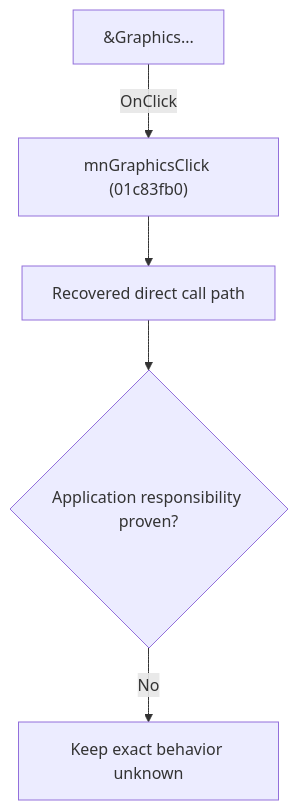
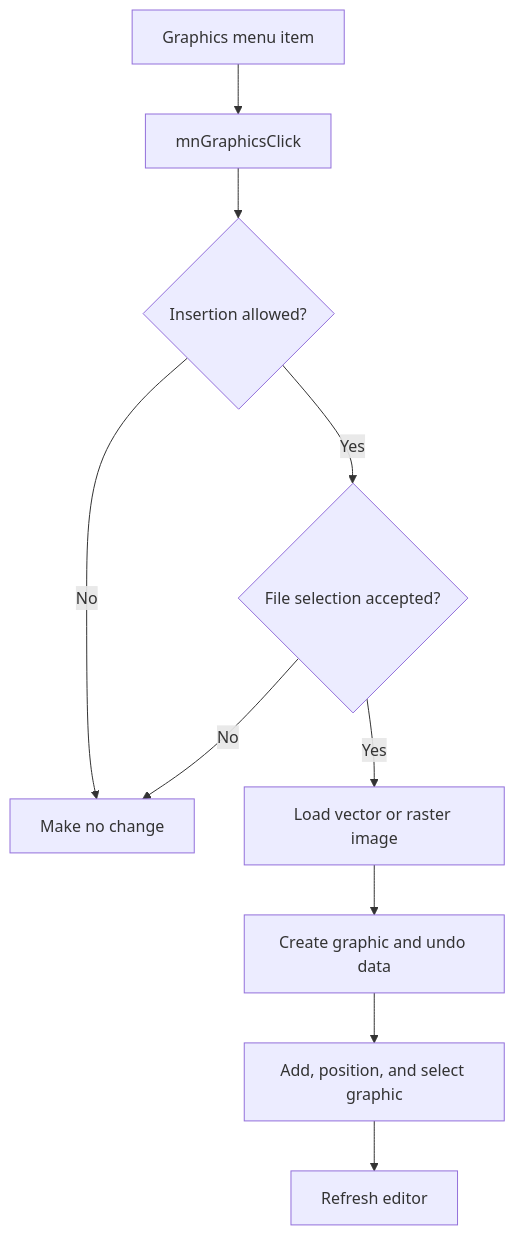
One commit to MovGP0/TIARA changed the diagram in docs/ui-controls/schematiceditor/mngraphics-4d147bf935.md. Above: the diagram before and after it, drawn with Mermaid. The commit also changed other lines of this file and 241 other files, not shown here.

````diff
--- a/docs/ui-controls/schematiceditor/mngraphics-4d147bf935.md
+++ b/docs/ui-controls/schematiceditor/mngraphics-4d147bf935.md
@@ -27,7 +19,12 @@
 ```mermaid
 flowchart TD
-    control["&Graphics..."] -->|"OnClick"| handler["mnGraphicsClick (01c83fb0)"]
-    handler --> recovered["Recovered direct call path"]
-    recovered --> gap{"Application responsibility proven?"}
-    gap -->|"No"| blocked["Keep exact behavior unknown"]
+    control["Graphics menu item"] --> handler["mnGraphicsClick"]
+    handler --> allowed{"Insertion allowed?"}
+    allowed -->|"No"| noOp["Make no change"]
+    allowed -->|"Yes"| file{"File selection accepted?"}
+    file -->|"No"| noOp
+    file -->|"Yes"| load["Load vector or raster image"]
+    load --> create["Create graphic and undo data"]
+    create --> place["Add, position, and select graphic"]
+    place --> refresh["Refresh editor"]
 ```
````
